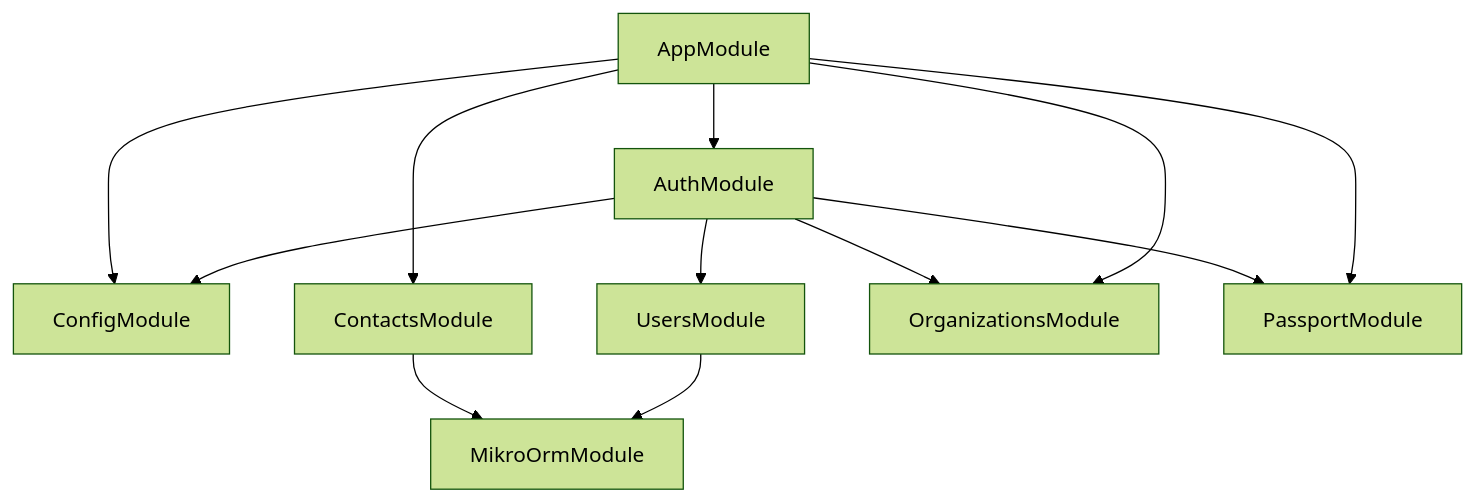
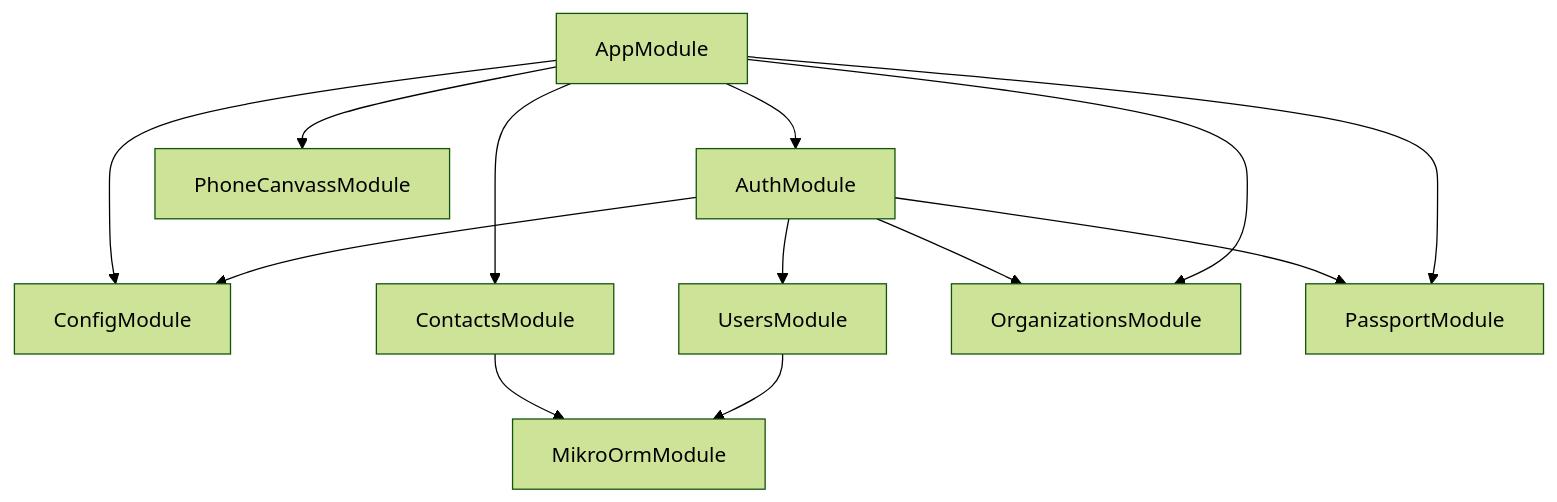
One commit to gpo/grassroots changed the diagram in docs/DependencyGraph.md. Above: the diagram before and after it, drawn with Mermaid (forest theme). The commit also changed 17 other files, not shown here.

````diff
--- a/docs/DependencyGraph.md
+++ b/docs/DependencyGraph.md
@@ -1,14 +1,15 @@
 ```mermaid
 graph TD
   AppModule-->ConfigModule
 AppModule-->ContactsModule
 ContactsModule-->MikroOrmModule
 AppModule-->AuthModule
 AuthModule-->UsersModule
 UsersModule-->MikroOrmModule
 AuthModule-->OrganizationsModule
 AuthModule-->PassportModule
 AuthModule-->ConfigModule
 AppModule-->PassportModule
 AppModule-->OrganizationsModule
+AppModule-->PhoneCanvassModule
 ```
````
